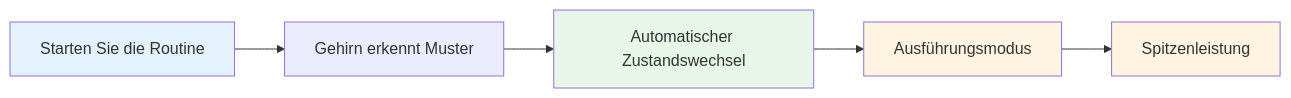
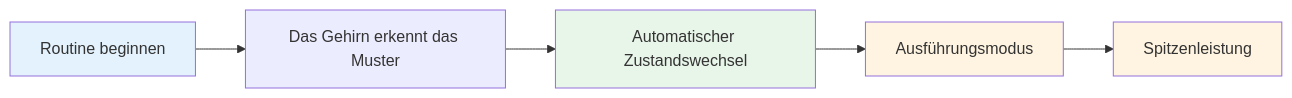
The diagram in docs/de/education/mental-strength/pre-shot-routine.md (patwii/petanque-academy), drawn with Mermaid before and after one commit. The commit also changed other lines of this file and 532 other files, not shown here.

````diff
--- a/docs/de/education/mental-strength/pre-shot-routine.md
+++ b/docs/de/education/mental-strength/pre-shot-routine.md
@@ -11,12 +11,12 @@
 ```mermaid
 graph LR
-    A[Starten Sie die Routine] --> B[Gehirn erkennt Muster]
+    A[Routine beginnen] --> B[Das Gehirn erkennt das Muster]
     B --> C[Automatischer Zustandswechsel]
     C --> D[Ausführungsmodus]
     D --> E[Spitzenleistung]
 
     style A fill:#e3f2fd
     style C fill:#e8f5e9
     style D fill:#fff4e1
     style E fill:#fff4e1
 ```
````
